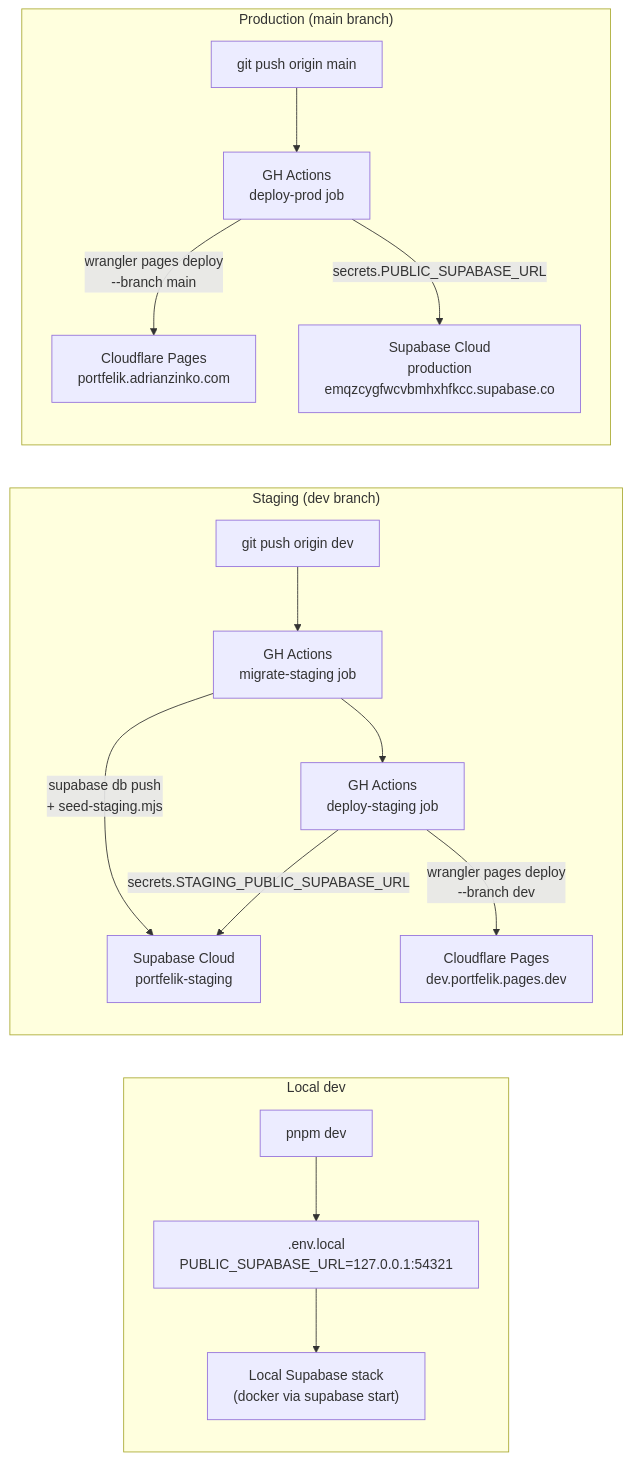
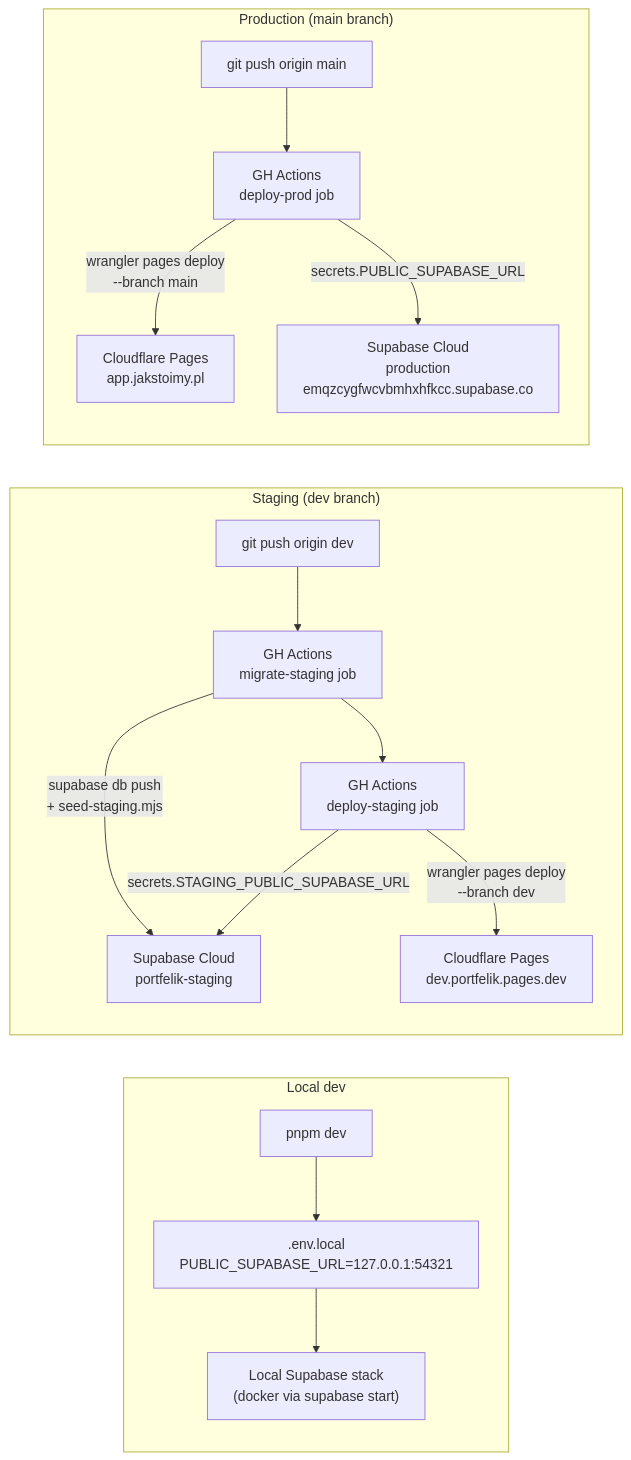
One commit to adrianghub/portfelik changed the first of 2 diagrams in docs/architecture/env-workflow.md. Above: the diagram before and after it, drawn with Mermaid. The commit also changed other lines of this file and 10 other files, not shown here.

````diff
--- a/docs/architecture/env-workflow.md
+++ b/docs/architecture/env-workflow.md
@@ -39,24 +39,24 @@
 ```mermaid
 flowchart LR
   subgraph local["Local dev"]
     devCmd["pnpm dev"] --> envLocal[".env.local<br/>PUBLIC_SUPABASE_URL=127.0.0.1:54321"]
     envLocal --> localStack["Local Supabase stack<br/>(docker via supabase start)"]
   end
 
   subgraph staging["Staging (dev branch)"]
     pushDev["git push origin dev"] --> ghaDevMigrate["GH Actions<br/>migrate-staging job"]
     ghaDevMigrate -->|supabase db push<br/>+ seed-staging.mjs| supaStage
     ghaDevMigrate --> ghaDev["GH Actions<br/>deploy-staging job"]
     ghaDev -->|wrangler pages deploy<br/>--branch dev| cfPagesDev["Cloudflare Pages<br/>dev.portfelik.pages.dev"]
     ghaDev -->|secrets.STAGING_PUBLIC_SUPABASE_URL| supaStage
   end
 
   subgraph prod["Production (main branch)"]
     pushMain["git push origin main"] --> ghaProd["GH Actions<br/>deploy-prod job"]
-    ghaProd -->|wrangler pages deploy<br/>--branch main| cfPagesProd["Cloudflare Pages<br/>portfelik.adrianzinko.com"]
+    ghaProd -->|wrangler pages deploy<br/>--branch main| cfPagesProd["Cloudflare Pages<br/>app.jakstoimy.pl"]
     ghaProd -->|secrets.PUBLIC_SUPABASE_URL| supaProd
   end
 
   supaStage["Supabase Cloud<br/>portfelik-staging"]
   supaProd["Supabase Cloud<br/>production<br/>emqzcygfwcvbmhxhfkcc.supabase.co"]
 ```
````
